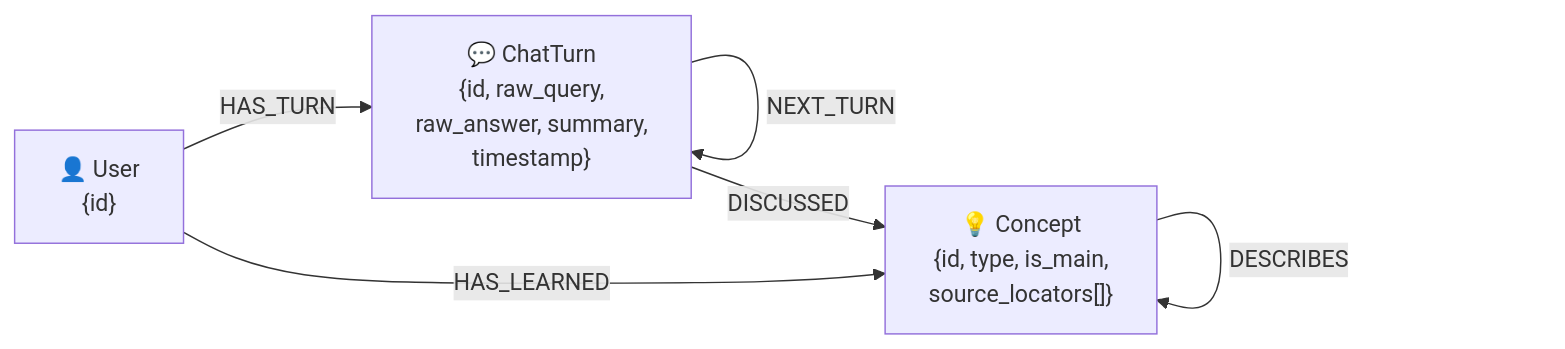
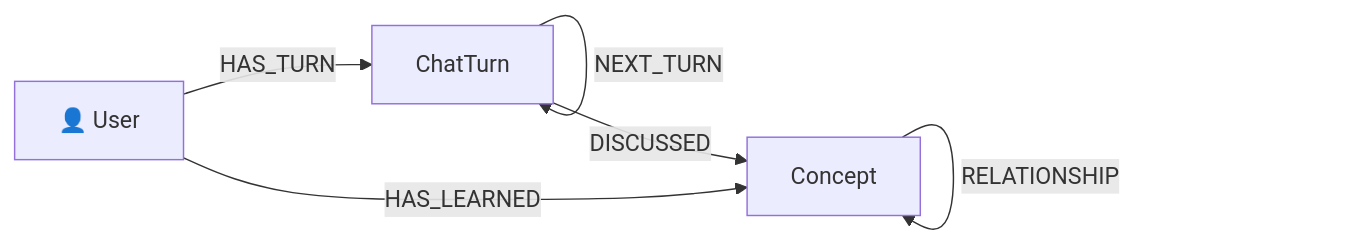
One commit to minhquang0407/rag-expert-mentor changed the second of 2 diagrams in README.md. Above: the diagram before and after it, drawn with Mermaid. The commit also changed other lines of this file, not shown here.

First line of the commit message:
Revise flowchart and database schema in README

````diff
--- a/README.md
+++ b/README.md
@@ -266,15 +276,13 @@
 ```mermaid
 graph LR
-    User["👤 User<br/>{id}"]
-    Concept["💡 Concept<br/>{id, type, is_main,<br/>source_locators[]}"]
-    ChatTurn["💬 ChatTurn<br/>{id, raw_query,<br/>raw_answer, summary,<br/>timestamp}"]
+    User["👤 User"]
+    Concept["Concept"]
+    ChatTurn["ChatTurn"]
 
     User -->|HAS_LEARNED| Concept
     User -->|HAS_TURN| ChatTurn
     ChatTurn -->|NEXT_TURN| ChatTurn
     ChatTurn -->|DISCUSSED| Concept
-    Concept -->|PREREQUISITE_OF| Concept
-    Concept -->|RELATES_TO| Concept
-    Concept -->|PART_OF| Concept
-    Concept -->|DESCRIBES| Concept
+    Concept -->|RELATIONSHIP| Concept
+
 ```
````
